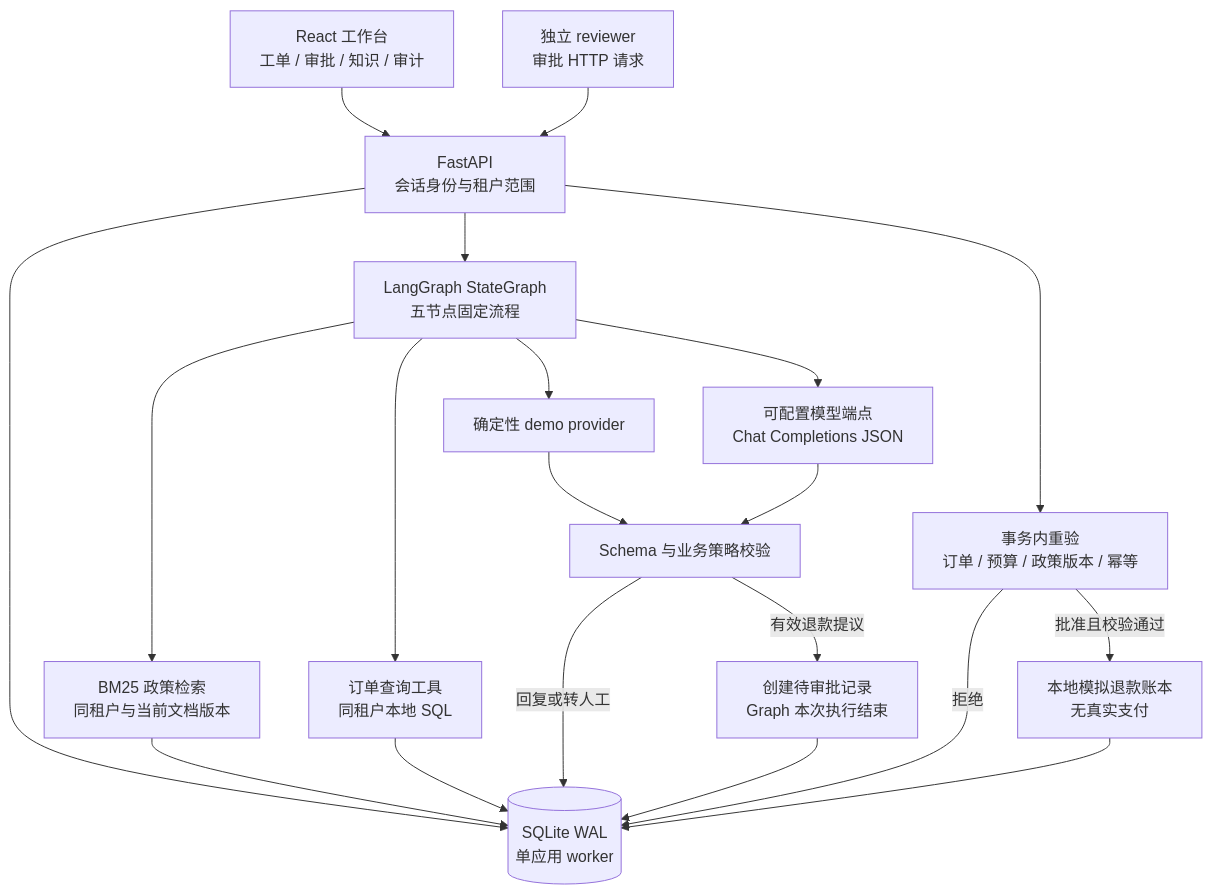
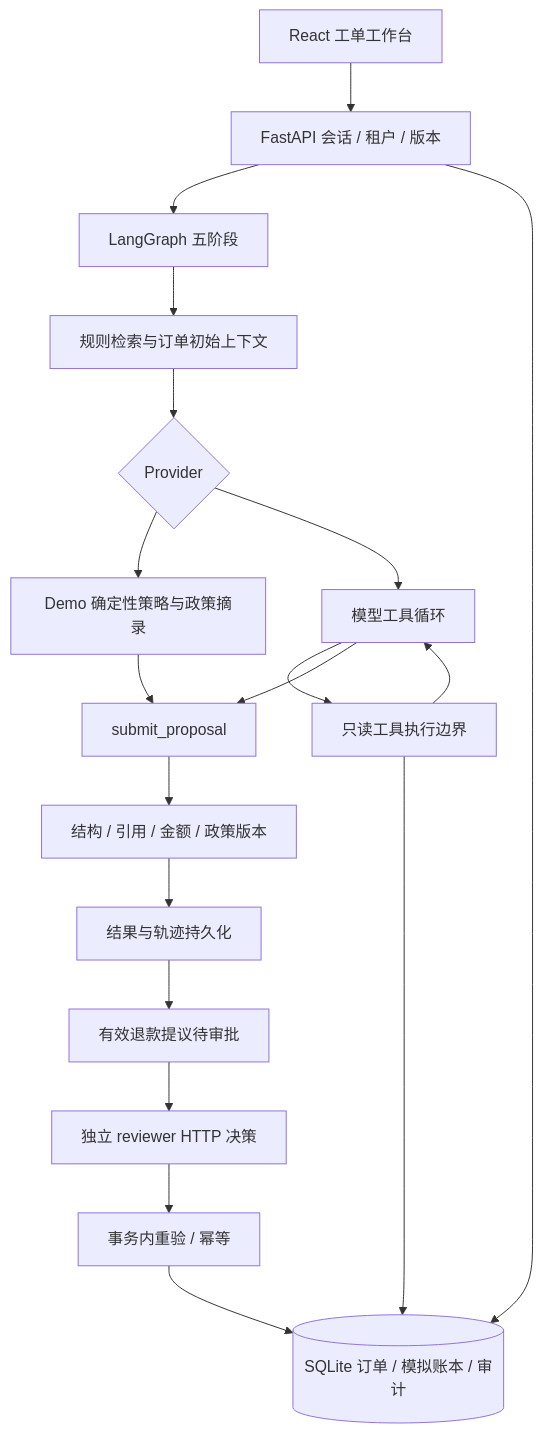
The first of 3 diagrams in docs/架构与验收.md (1766421040-ux/casedesk-agent), drawn with Mermaid before and after one commit. The commit also changed other lines of this file and 40 other files, not shown here.

````diff
--- a/docs/架构与验收.md
+++ b/docs/架构与验收.md
@@ -9,35 +7,21 @@
 ```mermaid
 flowchart TD
-    UI[React 工作台<br/>工单 / 审批 / 知识 / 审计]
-    API[FastAPI<br/>会话身份与租户范围]
-    DB[(SQLite WAL<br/>单应用 worker)]
-    G[LangGraph StateGraph<br/>五节点固定流程]
-    RET[BM25 政策检索<br/>同租户与当前文档版本]
-    ORD[订单查询工具<br/>同租户本地 SQL]
-    DEMO[确定性 demo provider]
-    LLM[可配置模型端点<br/>Chat Completions JSON]
-    GUARD[Schema 与业务策略校验]
-    PENDING[创建待审批记录<br/>Graph 本次执行结束]
-    REVIEW[独立 reviewer<br/>审批 HTTP 请求]
-    TX[事务内重验<br/>订单 / 预算 / 政策版本 / 幂等]
-    LEDGER[本地模拟退款账本<br/>无真实支付]
-    UI --> API
+    UI[React 工单工作台] --> API[FastAPI 会话 / 租户 / 版本]
+    API --> GRAPH[LangGraph 五阶段]
+    GRAPH --> CONTEXT[规则检索与订单初始上下文]
+    CONTEXT --> PROVIDER{Provider}
+    PROVIDER --> DEMO[Demo 确定性策略与政策摘录]
+    PROVIDER --> MODEL[模型工具循环]
+    MODEL --> TOOLS[只读工具执行边界]
+    TOOLS --> MODEL
+    DEMO --> SUBMIT[submit_proposal]
+    MODEL --> SUBMIT
+    SUBMIT --> GUARD[结构 / 引用 / 金额 / 政策版本]
+    GUARD --> RESULT[结果与轨迹持久化]
+    RESULT --> PENDING[有效退款提议待审批]
+    PENDING --> REVIEW[独立 reviewer HTTP 决策]
+    REVIEW --> TX[事务内重验 / 幂等]
+    TX --> DB[(SQLite 订单 / 模拟账本 / 审计)]
     API --> DB
-    API --> G
-    G --> RET
-    G --> ORD
-    RET --> DB
-    ORD --> DB
-    G --> DEMO
-    G --> LLM
-    DEMO --> GUARD
-    LLM --> GUARD
-    GUARD -->|有效退款提议| PENDING
-    GUARD -->|回复或转人工| DB
-    PENDING --> DB
-    REVIEW --> API
-    API --> TX
-    TX -->|批准且校验通过| LEDGER
-    TX -->|拒绝| DB
-    LEDGER --> DB
+    TOOLS --> DB
 ```
````
